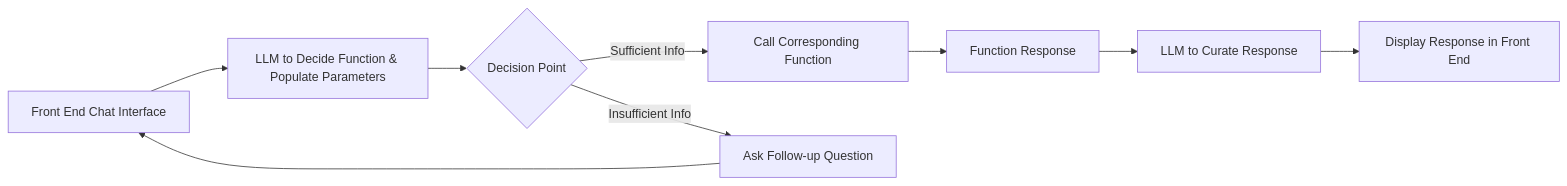
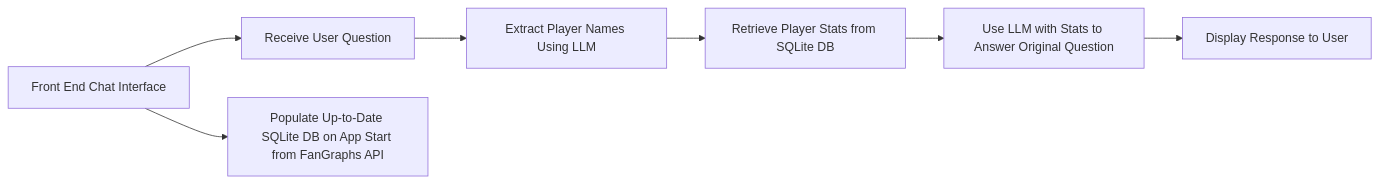
Before and after one commit to mkeohane01/baseball-assistant: the diagram in README.md, drawn with Mermaid. The commit also changed other lines of this file, not shown here.

````diff
--- a/README.md
+++ b/README.md
@@ -24,12 +39,9 @@
 ```mermaid
 graph LR
-    A[Front End Chat Interface] --> B[LLM to Decide Function & Populate Parameters]
-    B --> C{Decision Point}
-    C -->|Sufficient Info| D[Call Corresponding Function]
-    C -->|Insufficient Info| E[Ask Follow-up Question]
-    D --> F[Function Response]
-    F --> G[LLM to Curate Response]
-    G --> H[Display Response in Front End]
-
-    E --> A
+    A[Front End Chat Interface] --> B[Receive User Question]
+    B --> C[Extract Player Names Using LLM]
+    C --> D[Retrieve Player Stats from SQLite DB]
+    D --> E[Use LLM with Stats to Answer Original Question]
+    E --> F[Display Response to User]
+    A[Front End Chat Interface] --> G[Populate Up-to-Date SQLite DB on App Start from FanGraphs API]
 ```
````
